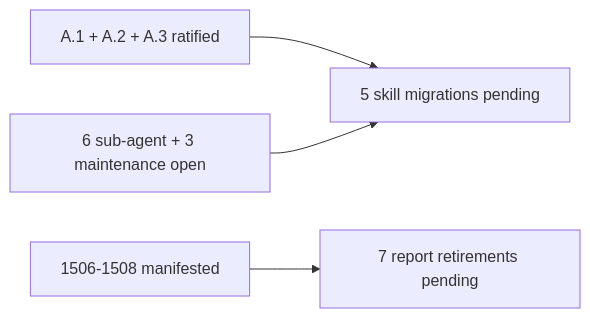
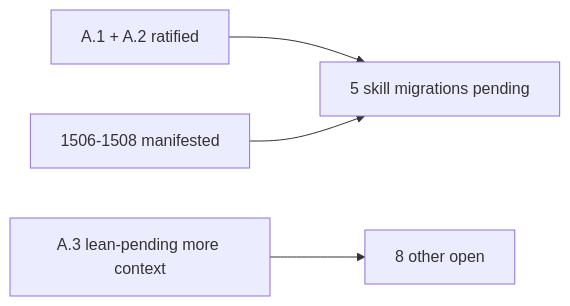
The second of 2 diagrams in reports/designer/488-Psyche-487-overview-context-and-decisions-2026-06-03.md (LiGoldragon/primary), drawn with Mermaid before and after one commit. The commit also changed other lines of this file and 1 other file, not shown here.

````diff
--- a/reports/designer/488-Psyche-487-overview-context-and-decisions-2026-06-03.md
+++ b/reports/designer/488-Psyche-487-overview-context-and-decisions-2026-06-03.md
@@ -148,11 +460,11 @@
 ```mermaid
 flowchart LR
-  Ratified[A.1 + A.2 + A.3 ratified]
-  Open[6 sub-agent + 3 maintenance open]
+  Ratified[A.1 + A.2 ratified]
+  LeanPending[A.3 lean-pending more context]
+  Open[8 other open]
   Manifested[1506-1508 manifested]
   Migrations[5 skill migrations pending]
-  Reports[7 report retirements pending]
   Ratified --> Migrations
-  Open --> Migrations
-  Manifested --> Reports
+  LeanPending --> Open
+  Manifested --> Migrations
 ```
````
